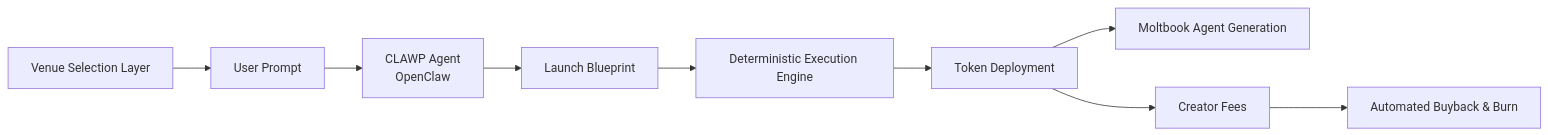
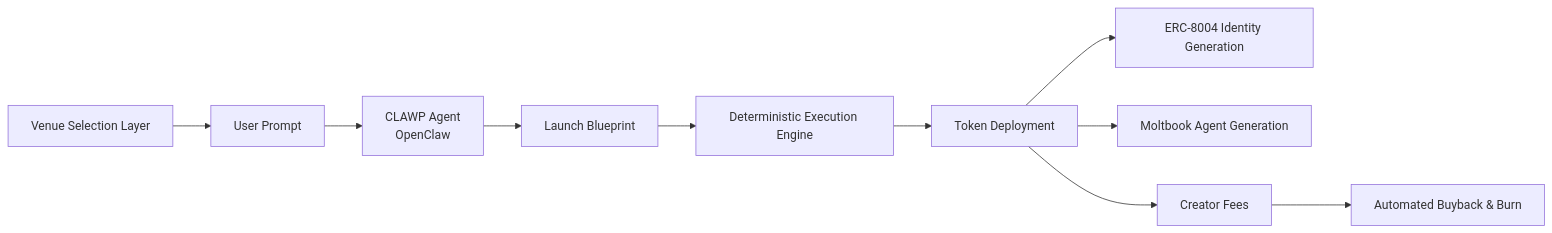
The diagram in profile/README.md (Clawpad/.github), drawn with Mermaid before and after one commit. The commit also changed other lines of this file, not shown here.

Commit message:
feat: add ERC-8004 AI identity support to README

````diff
--- a/profile/README.md
+++ b/profile/README.md
@@ -73,11 +76,12 @@
 ```mermaid
 graph LR
     V[Venue Selection Layer] --> U[User Prompt]
     U --> A[CLAWP Agent<br/>OpenClaw]
     A --> B[Launch Blueprint]
     B --> E[Deterministic Execution Engine]
     E --> T[Token Deployment]
+    T --> I[ERC-8004 Identity Generation]
     T --> M[Moltbook Agent Generation]
     T --> F[Creator Fees]
     F --> BB[Automated Buyback & Burn]
 ```
````
